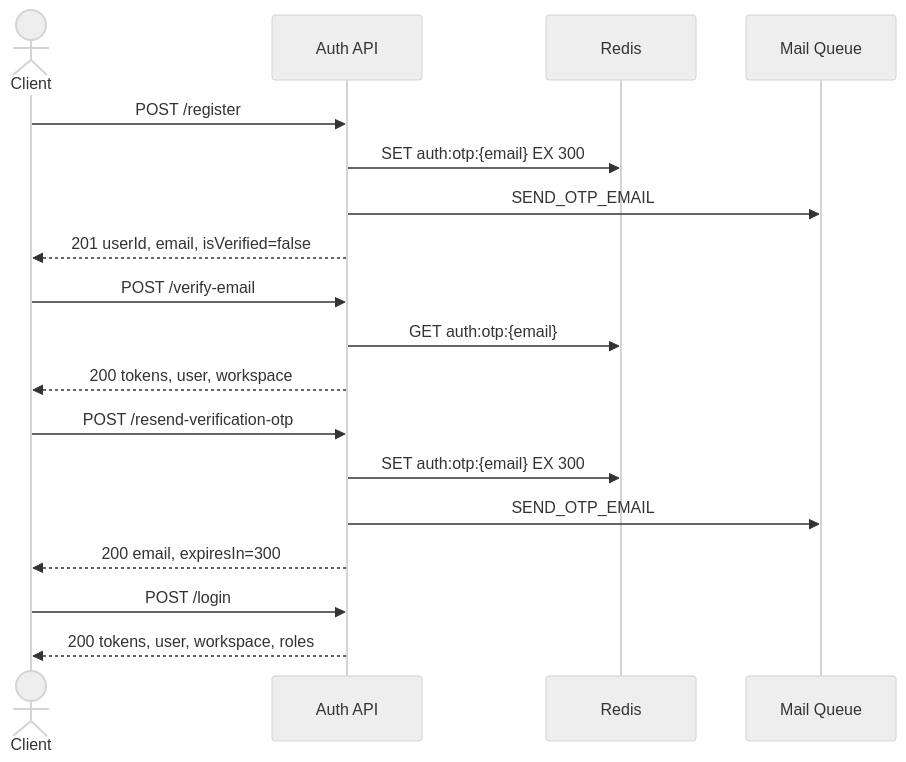
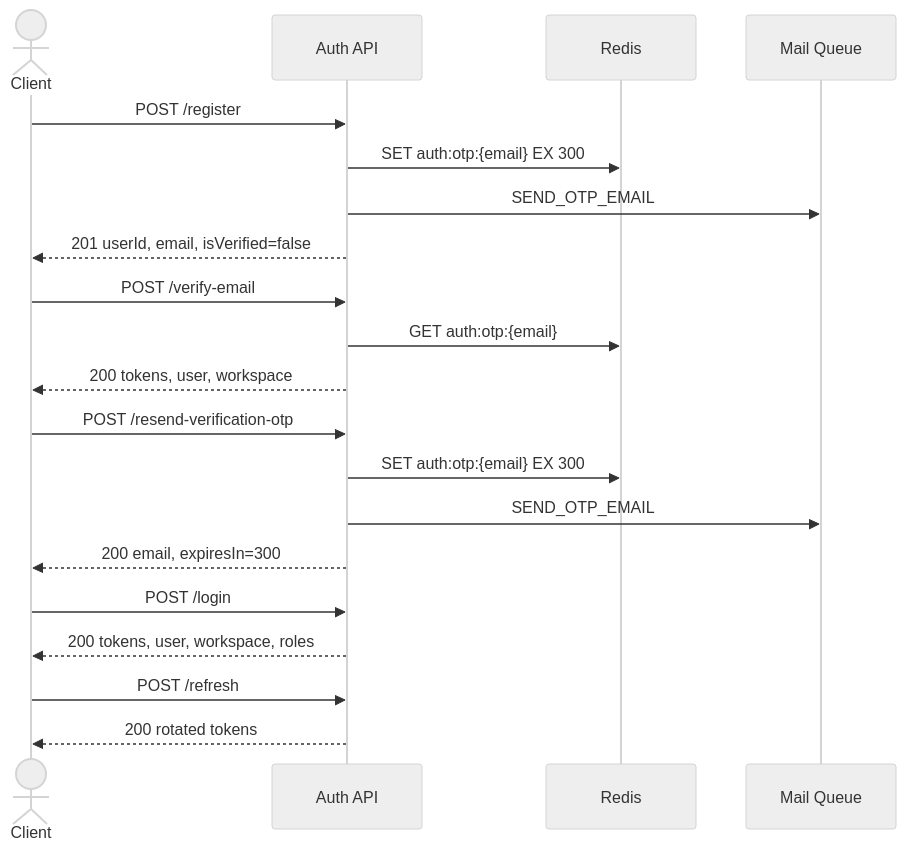
Before and after one commit to keyntk78/node-mind-server: the diagram in docs/auth/index.md, drawn with Mermaid (neutral theme). The commit also changed other lines of this file and 20 other files, not shown here.

Commit message:
feat(auth): implement refresh token API with rotation and session management

````diff
--- a/docs/auth/index.md
+++ b/docs/auth/index.md
@@ -32,24 +33,27 @@
 ```mermaid
 sequenceDiagram
     actor C as Client
     participant API as Auth API
     participant R as Redis
     participant M as Mail Queue
 
     C->>API: POST /register
     API->>R: SET auth:otp:{email} EX 300
     API->>M: SEND_OTP_EMAIL
     API-->>C: 201 userId, email, isVerified=false
 
     C->>API: POST /verify-email
     API->>R: GET auth:otp:{email}
     API-->>C: 200 tokens, user, workspace
 
     C->>API: POST /resend-verification-otp
     API->>R: SET auth:otp:{email} EX 300
     API->>M: SEND_OTP_EMAIL
     API-->>C: 200 email, expiresIn=300
 
     C->>API: POST /login
     API-->>C: 200 tokens, user, workspace, roles
+
+    C->>API: POST /refresh
+    API-->>C: 200 rotated tokens
 ```
````
